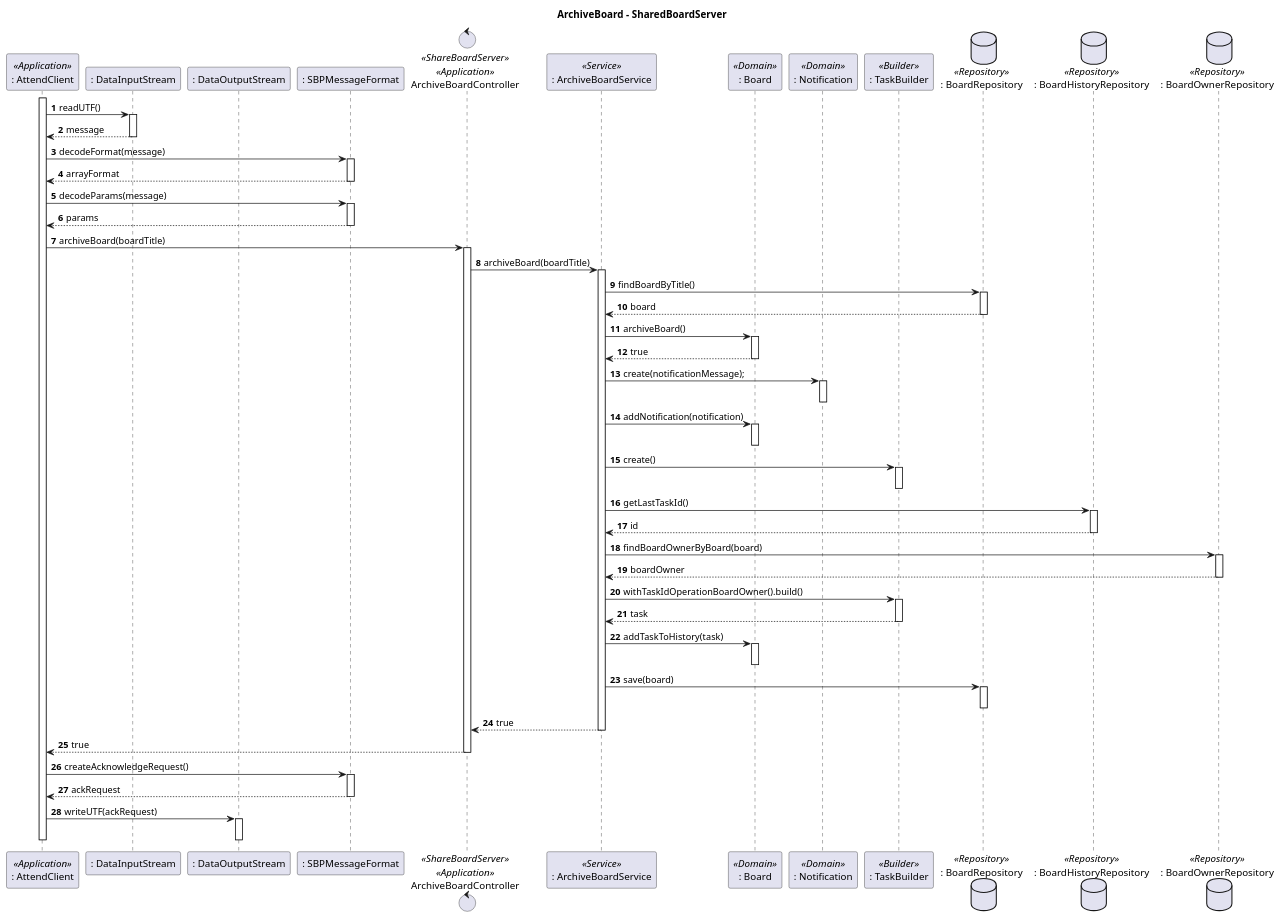
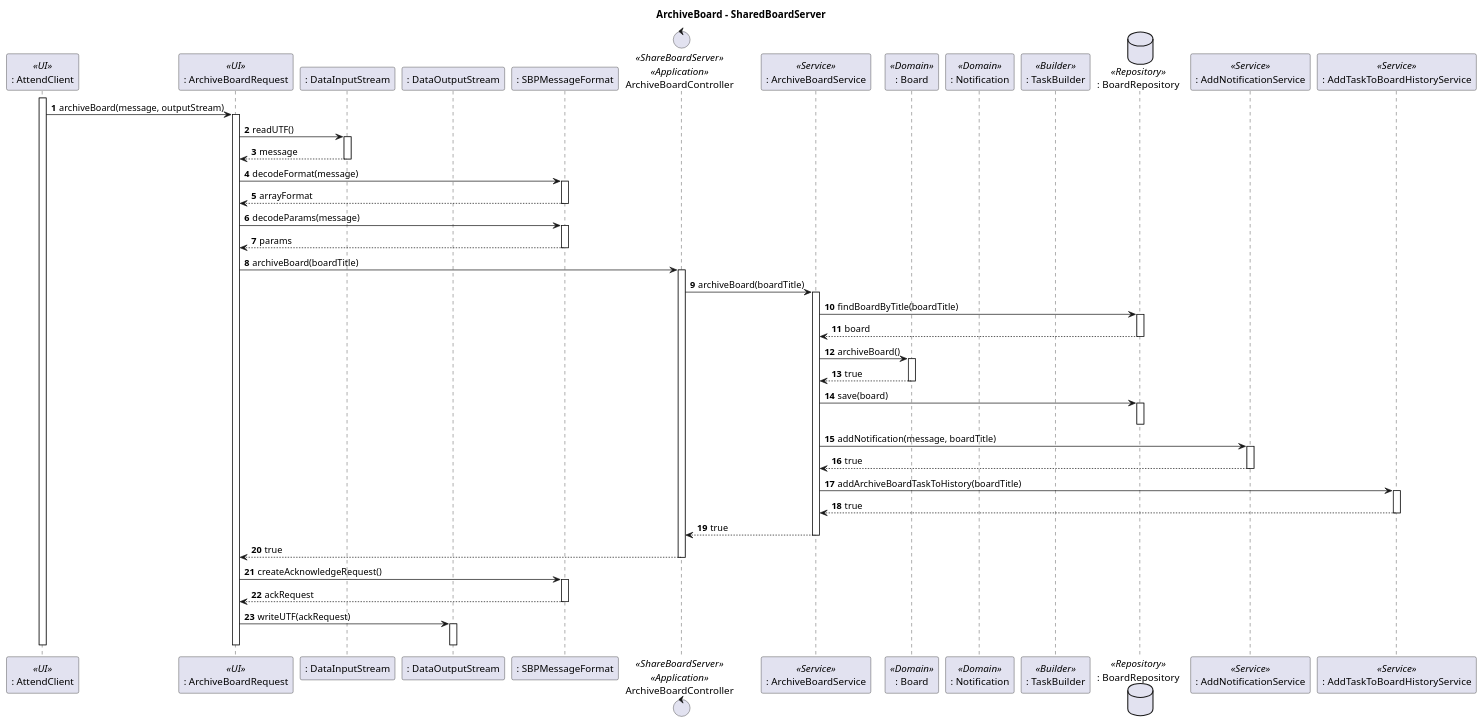
Before and after one commit to Marco-Nobrega-Andrade/sem4pi_22_23: the diagram in docs/Sprint_C/us_3010/us_3010_SD_ArchiveBoardServer.puml, drawn with PlantUML. The commit also changed 1 other file, not shown here.

Commit message:
[US_3010][Design] - Changed SD to match the implementation changes such as notification and task creation

```diff
--- a/docs/Sprint_C/us_3010/us_3010_SD_ArchiveBoardServer.puml
+++ b/docs/Sprint_C/us_3010/us_3010_SD_ArchiveBoardServer.puml
@@ -1,74 +1,61 @@
 @startuml
 autonumber
 title ArchiveBoard - SharedBoardServer
 
-participant ": AttendClient" as AC <<Application>>
+participant ": AttendClient" as UI <<UI>>
+participant ": ArchiveBoardRequest" as ABR <<UI>>
 participant ": DataInputStream" as DIS
 participant ": DataOutputStream" as DOS
 participant ": SBPMessageFormat" as SBPMF
 control "ArchiveBoardController" as CTRL <<ShareBoardServer>> <<Application>>
 participant ": ArchiveBoardService" as SBS <<Service>>
 participant ": Board" as B <<Domain>>
 participant ": Notification" as N <<Domain>>
 participant ": TaskBuilder" as TB <<Builder>>
 database ": BoardRepository" as BR <<Repository>>
-database ": BoardHistoryRepository" as BHR <<Repository>>
-database ": BoardOwnerRepository" as BOR <<Repository>>
-activate AC
-
-AC -> DIS : readUTF()
+participant ": AddNotificationService" as ANS <<Service>>
+participant ": AddTaskToBoardHistoryService" as ATTBHS <<Service>>
+activate UI
+UI -> ABR : archiveBoard(message, outputStream)
+activate ABR
+ABR -> DIS : readUTF()
 activate DIS
 return message
-AC -> SBPMF : decodeFormat(message)
+ABR -> SBPMF : decodeFormat(message)
 activate SBPMF
 return arrayFormat
-AC -> SBPMF : decodeParams(message)
+ABR -> SBPMF : decodeParams(message)
 activate SBPMF
 return params
-AC -> CTRL : archiveBoard(boardTitle)
+ABR -> CTRL : archiveBoard(boardTitle)
 activate CTRL
 CTRL -> SBS : archiveBoard(boardTitle)
 activate SBS
-SBS -> BR : findBoardByTitle()
+SBS -> BR : findBoardByTitle(boardTitle)
 activate BR
 return board
 SBS -> B : archiveBoard()
 activate B
 return true
-SBS -> N : create(notificationMessage);
-activate N
-deactivate N
-SBS -> B : addNotification(notification)
-activate B
-deactivate B
-SBS -> TB : create()
-activate TB
-deactivate TB
-SBS -> BHR : getLastTaskId()
-activate BHR
-return id
-SBS -> BOR : findBoardOwnerByBoard(board)
-activate BOR
-return boardOwner
-SBS -> TB : withTaskIdOperationBoardOwner().build()
-activate TB
-return task
-SBS -> B : addTaskToHistory(task)
-activate B
-deactivate B
 SBS -> BR : save(board)
 activate BR
 deactivate BR
+SBS -> ANS : addNotification(message, boardTitle)
+activate ANS
+return true
+SBS -> ATTBHS : addArchiveBoardTaskToHistory(boardTitle)
+activate ATTBHS
+return true
 SBS --> CTRL : true
 deactivate SBS
-CTRL --> AC : true
+CTRL --> ABR : true
 deactivate CTRL
-AC -> SBPMF : createAcknowledgeRequest()
+ABR -> SBPMF : createAcknowledgeRequest()
 activate SBPMF
 return ackRequest
-AC -> DOS : writeUTF(ackRequest)
+ABR -> DOS : writeUTF(ackRequest)
 activate DOS
 deactivate DOS
-deactivate AC
-
+deactivate ABR
+deactivate UI
 @enduml
```
